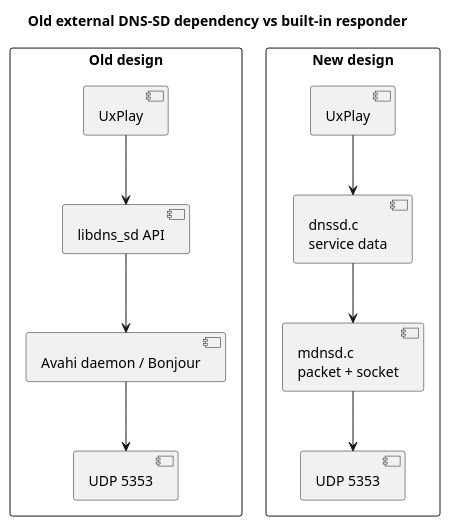
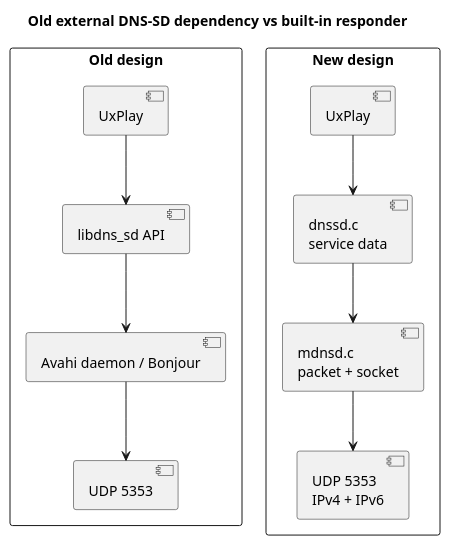
One commit to kgbook/blog changed the fifth of 6 diagrams in content/articles/Android/airplay_mdns_discovery/index.md. Above: the diagram before and after it, drawn with PlantUML. The commit also changed other lines of this file, not shown here.

Commit message:
feat: add ipv6 mDNS support

````diff
--- a/content/articles/Android/airplay_mdns_discovery/index.md
+++ b/content/articles/Android/airplay_mdns_discovery/index.md
@@ -423,26 +438,26 @@
 ```plantuml
 @startuml
 title Old external DNS-SD dependency vs built-in responder
 
 rectangle "Old design" {
   [UxPlay] as OldUx
   [libdns_sd API] as Libdns
   [Avahi daemon / Bonjour] as Daemon
   [UDP 5353] as OldUdp
   OldUx --> Libdns
   Libdns --> Daemon
   Daemon --> OldUdp
 }
 
 rectangle "New design" {
   [UxPlay] as NewUx
   [dnssd.c\nservice data] as NewDnssd
   [mdnsd.c\npacket + socket] as NewMdnsd
-  [UDP 5353] as NewUdp
+  [UDP 5353\nIPv4 + IPv6] as NewUdp
   NewUx --> NewDnssd
   NewDnssd --> NewMdnsd
   NewMdnsd --> NewUdp
 }
 
 @enduml
 ```
````
